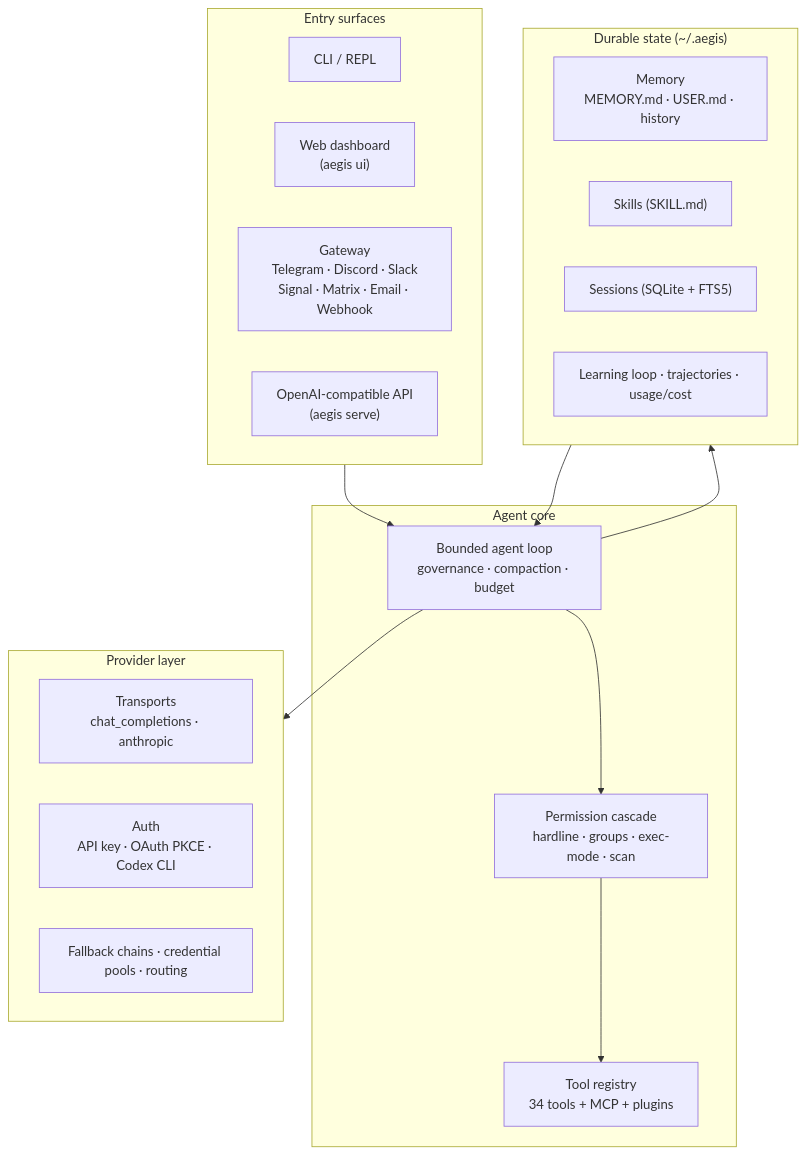
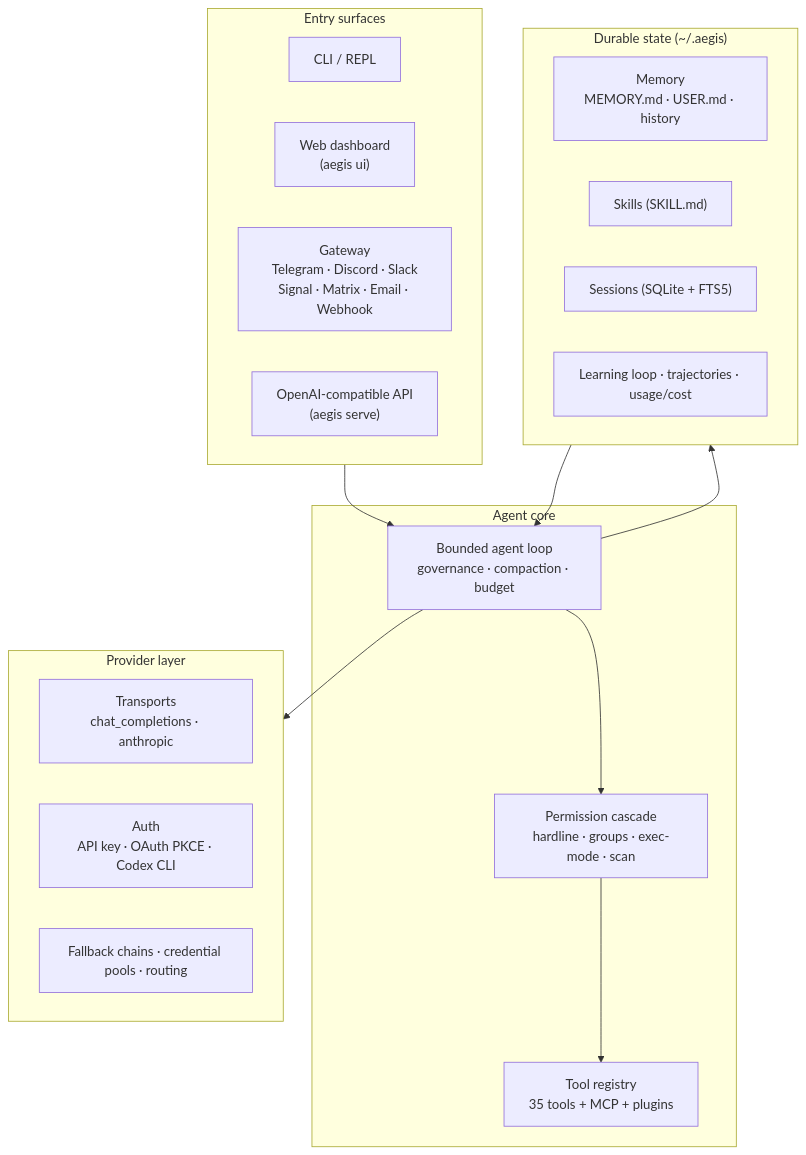
One commit to Alien0013/aegis changed the first of 4 diagrams in README.md. Above: the diagram before and after it, drawn with Mermaid. The commit also changed other lines of this file and 79 other files, not shown here.

````diff
--- a/README.md
+++ b/README.md
@@ -59,34 +59,34 @@
 ```mermaid
 flowchart TB
     subgraph Surfaces["Entry surfaces"]
         CLI["CLI / REPL"]
         UI["Web dashboard<br/>(aegis ui)"]
         GW["Gateway<br/>Telegram · Discord · Slack<br/>Signal · Matrix · Email · Webhook"]
         API["OpenAI-compatible API<br/>(aegis serve)"]
     end
 
     subgraph Core["Agent core"]
         LOOP["Bounded agent loop<br/>governance · compaction · budget"]
         PERM["Permission cascade<br/>hardline · groups · exec-mode · scan"]
-        REG["Tool registry<br/>34 tools + MCP + plugins"]
+        REG["Tool registry<br/>35 tools + MCP + plugins"]
     end
 
     subgraph Providers["Provider layer"]
         TRANS["Transports<br/>chat_completions · anthropic"]
         AUTH["Auth<br/>API key · OAuth PKCE · Codex CLI"]
         FB["Fallback chains · credential pools · routing"]
     end
 
     subgraph State["Durable state (~/.aegis)"]
         MEM["Memory<br/>MEMORY.md · USER.md · history"]
         SK["Skills (SKILL.md)"]
         SESS["Sessions (SQLite + FTS5)"]
         LEARN["Learning loop · trajectories · usage/cost"]
     end
 
     Surfaces --> LOOP
     LOOP --> PERM --> REG
     LOOP --> Providers
     LOOP --> State
     State --> LOOP
 ```
````
